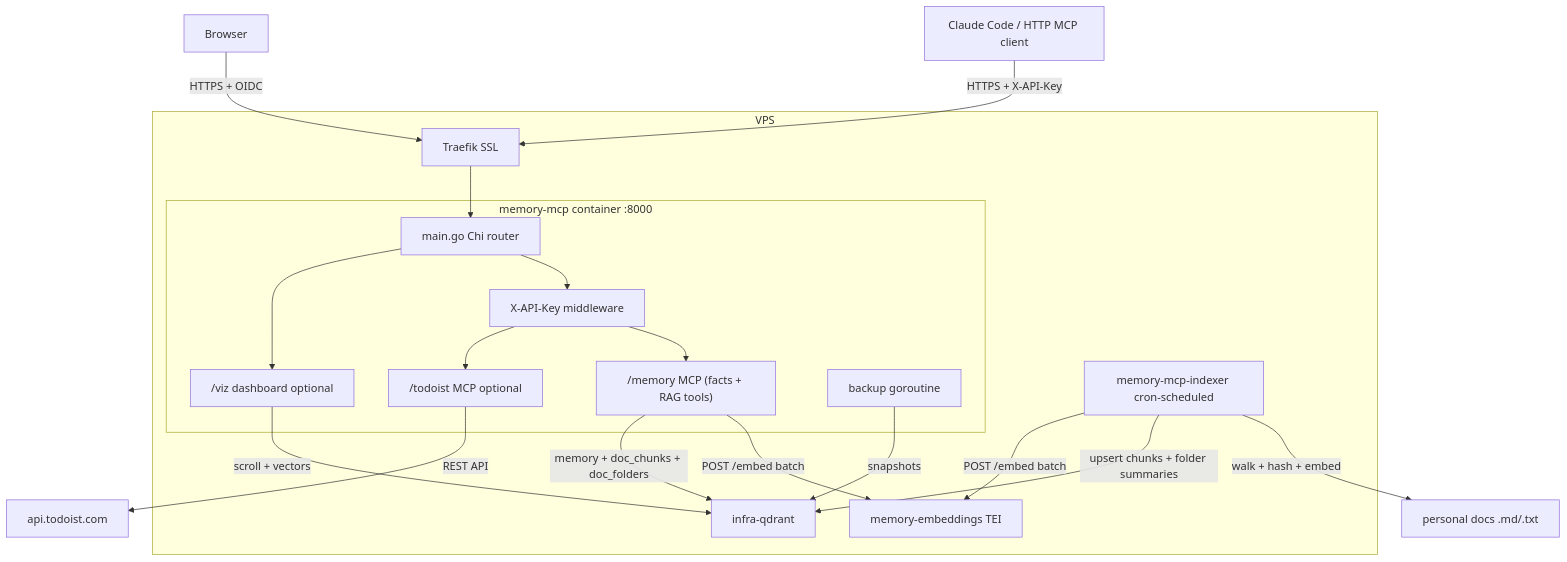
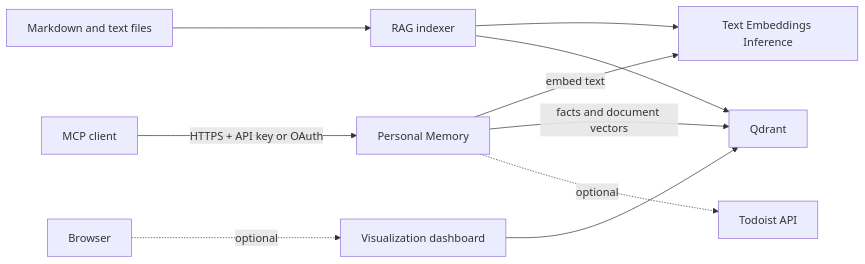
Before and after one commit to Dzarlax-AI/personal_memory: the diagram in README.md, drawn with Mermaid. The commit also changed other lines of this file and 45 other files, not shown here.

````diff
--- a/README.md
+++ b/README.md
@@ -23,40 +54,12 @@
 ```mermaid
-graph TD
-    Client["Claude Code / HTTP MCP client"]
-    Browser["Browser"]
-    TodoistAPI["api.todoist.com"]
-    Docs["personal docs .md/.txt"]
-
-    subgraph VPS["VPS"]
-        Traefik["Traefik SSL"]
-        TEI["memory-embeddings TEI"]
-        Qdrant["infra-qdrant"]
-
-        subgraph MCP["memory-mcp container :8000"]
-            App["main.go Chi router"]
-            Auth["X-API-Key middleware"]
-            Memory["/memory MCP (facts + RAG tools)"]
-            Todoist["/todoist MCP optional"]
-            Viz["/viz dashboard optional"]
-            Backup["backup goroutine"]
-            App --> Auth
-            Auth --> Memory
-            Auth --> Todoist
-            App --> Viz
-        end
-
-        Indexer["memory-mcp-indexer cron-scheduled"]
-    end
-
-    Client -->|HTTPS + X-API-Key| Traefik
-    Browser -->|HTTPS + OIDC| Traefik
-    Traefik --> App
-    Memory -->|POST /embed batch| TEI
-    Memory -->|memory + doc_chunks + doc_folders| Qdrant
-    Backup -->|snapshots| Qdrant
-    Viz -->|scroll + vectors| Qdrant
-    Todoist -->|REST API| TodoistAPI
-    Indexer -->|walk + hash + embed| Docs
-    Indexer -->|upsert chunks + folder summaries| Qdrant
-    Indexer -->|POST /embed batch| TEI
+flowchart LR
+    Client["MCP client"] -->|"HTTPS + API key or OAuth"| App["Personal Memory"]
+    App -->|"embed text"| TEI["Text Embeddings Inference"]
+    App -->|"facts and document vectors"| Qdrant["Qdrant"]
+    Docs["Markdown and text files"] --> Indexer["RAG indexer"]
+    Indexer --> TEI
+    Indexer --> Qdrant
+    App -. optional .-> Todoist["Todoist API"]
+    Browser["Browser"] -. optional .-> Viz["Visualization dashboard"]
+    Viz --> Qdrant
 ```
````
